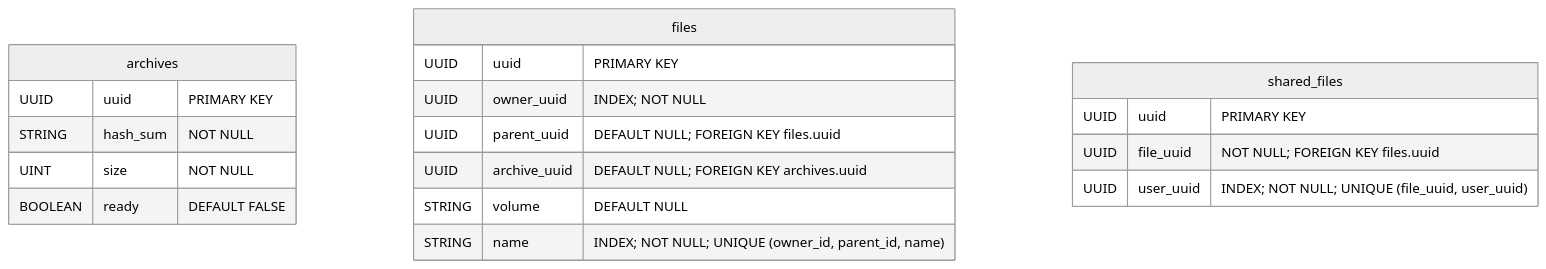
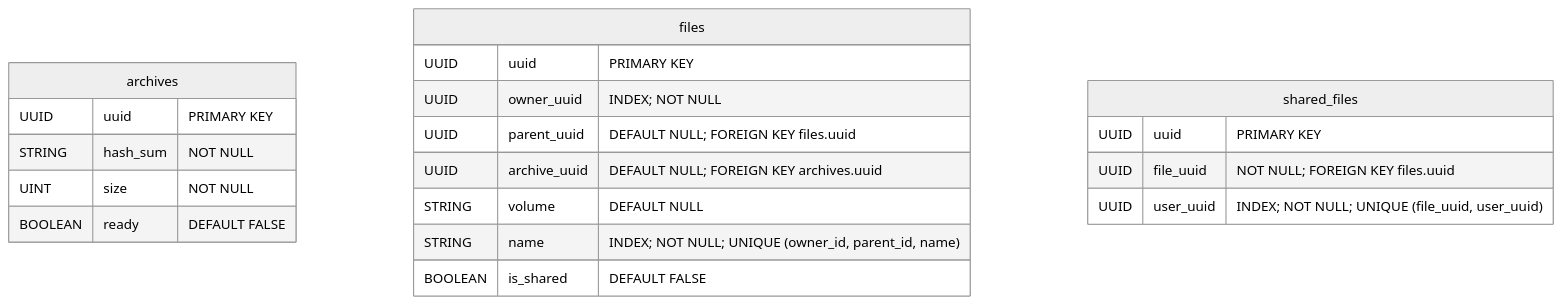
One commit to hawks-atlanta/docs changed the third of 4 diagrams in Database.md. Above: the diagram before and after it, drawn with Mermaid (neutral theme). The commit also changed other lines of this file, not shown here.

Commit message:
docs(database): Undo changes related to `is_shared` field

````diff
--- a/Database.md
+++ b/Database.md
@@ -74,24 +74,25 @@
 ```mermaid
 erDiagram
 	archives {
 		UUID    uuid        "PRIMARY KEY"
 		STRING  hash_sum    "NOT NULL"
 		UINT    size        "NOT NULL"
 		BOOLEAN ready       "DEFAULT FALSE"
 	}
 
 	files {
-		UUID    uuid            "PRIMARY KEY"
-		UUID    owner_uuid      "INDEX; NOT NULL"
-		UUID    parent_uuid     "DEFAULT NULL; FOREIGN KEY files.uuid"
-		UUID    archive_uuid    "DEFAULT NULL; FOREIGN KEY archives.uuid"
-		STRING  volume          "DEFAULT NULL"
-		STRING  name            "INDEX; NOT NULL; UNIQUE (owner_id, parent_id, name)"
+		UUID    	uuid            "PRIMARY KEY"
+		UUID    	owner_uuid      "INDEX; NOT NULL"
+		UUID    	parent_uuid     "DEFAULT NULL; FOREIGN KEY files.uuid"
+		UUID    	archive_uuid    "DEFAULT NULL; FOREIGN KEY archives.uuid"
+		STRING  	volume          "DEFAULT NULL"
+		STRING  	name            "INDEX; NOT NULL; UNIQUE (owner_id, parent_id, name)"
+		BOOLEAN 	is_shared 		 	"DEFAULT FALSE"
 	}
 	
 	shared_files {
 		UUID uuid      "PRIMARY KEY"
 		UUID file_uuid "NOT NULL; FOREIGN KEY files.uuid"
 		UUID user_uuid "INDEX; NOT NULL; UNIQUE (file_uuid, user_uuid)"
 	}
 ```
````
